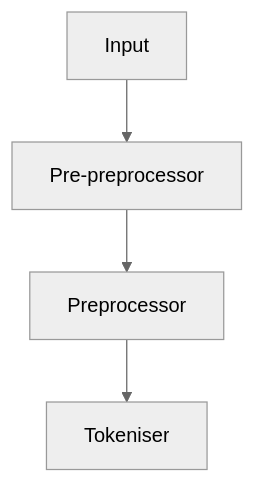
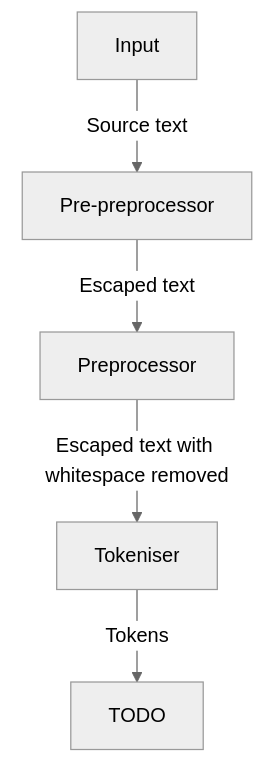
One commit to MediumDifficulty/carrot changed the diagram in README.md. Above: the diagram before and after it, drawn with Mermaid (neutral theme). The commit also changed other lines of this file and 6 other files, not shown here.

````diff
--- a/README.md
+++ b/README.md
@@ -5,7 +5,8 @@
 ```mermaid
 flowchart TD
-    A[Input] --> B
-    B[Pre-preprocessor] --> C
-    C[Preprocessor] --> D
-    D[Tokeniser]
+    I[Input]
+    --> |Source text| PPP[Pre-preprocessor]
+    --> |Escaped text| PP[Preprocessor]
+    --> |Escaped text with whitespace removed| T[Tokeniser]
+    --> |Tokens| TODO
 ```
````
